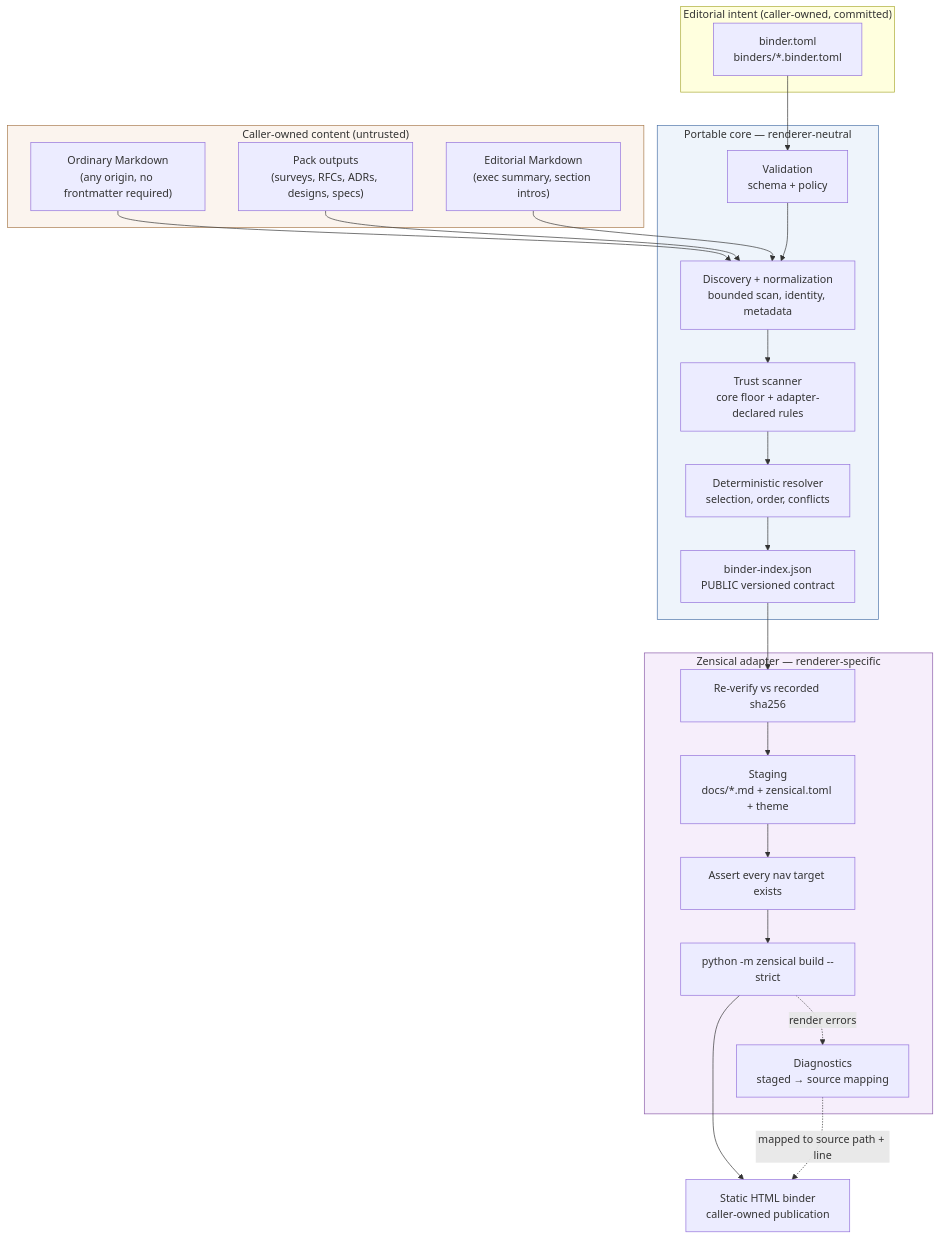
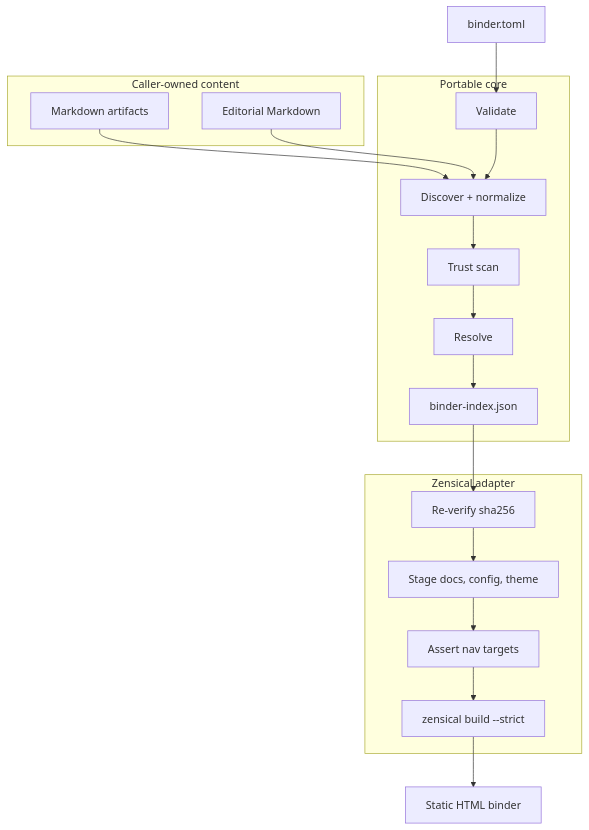
The diagram in docs/architecture/binder-publishing/overview.md (eugenelim/agent-ready-repo), drawn with Mermaid before and after one commit. The commit also changed other lines of this file and 30 other files, not shown here.

````diff
--- a/docs/architecture/binder-publishing/overview.md
+++ b/docs/architecture/binder-publishing/overview.md
@@ -456,42 +102,26 @@
 ```mermaid
 flowchart TB
-  subgraph sources["Caller-owned content (untrusted)"]
-    MD["Ordinary Markdown<br/>(any origin, no frontmatter required)"]
-    PK["Pack outputs<br/>(surveys, RFCs, ADRs, designs, specs)"]
-    ED["Editorial Markdown<br/>(exec summary, section intros)"]
+  subgraph sources["Caller-owned content"]
+    MD["Markdown artifacts"]
+    ED["Editorial Markdown"]
   end
-
-  subgraph recipe["Editorial intent (caller-owned, committed)"]
-    BT["binder.toml<br/>binders/*.binder.toml"]
+  BT["binder.toml"]
+  subgraph core["Portable core"]
+    VAL["Validate"]
+    DISC["Discover + normalize"]
+    SCAN["Trust scan"]
+    RES["Resolve"]
+    IDX["binder-index.json"]
   end
-
-  subgraph core["Portable core — renderer-neutral"]
-    VAL["Validation<br/>schema + policy"]
-    DISC["Discovery + normalization<br/>bounded scan, identity, metadata"]
-    SCAN["Trust scanner<br/>core floor + adapter-declared rules"]
-    RES["Deterministic resolver<br/>selection, order, conflicts"]
-    IDX["binder-index.json<br/>PUBLIC versioned contract"]
+  subgraph adapter["Zensical adapter"]
+    REV["Re-verify sha256"]
+    STAGE["Stage docs, config, theme"]
+    NAV["Assert nav targets"]
+    INV["zensical build --strict"]
   end
-
-  subgraph adapter["Zensical adapter — renderer-specific"]
-    REV["Re-verify vs recorded sha256"]
-    STAGE["Staging<br/>docs/*.md + zensical.toml + theme"]
-    NAV["Assert every nav target exists"]
-    INV["python -m zensical build --strict"]
-    DIAG["Diagnostics<br/>staged → source mapping"]
-  end
-
-  OUT["Static HTML binder<br/>caller-owned publication"]
-
+  OUT["Static HTML binder"]
   MD --> DISC
-  PK --> DISC
   ED --> DISC
   BT --> VAL --> DISC --> SCAN --> RES --> IDX
   IDX --> REV --> STAGE --> NAV --> INV --> OUT
-  INV -.render errors.-> DIAG
-  DIAG -.mapped to source path + line.-> OUT
-
-  style core fill:#eef4fb,stroke:#4a72a8
-  style adapter fill:#f6eefb,stroke:#8a5aa8
-  style sources fill:#fbf4ee,stroke:#a8794a
 ```
````
